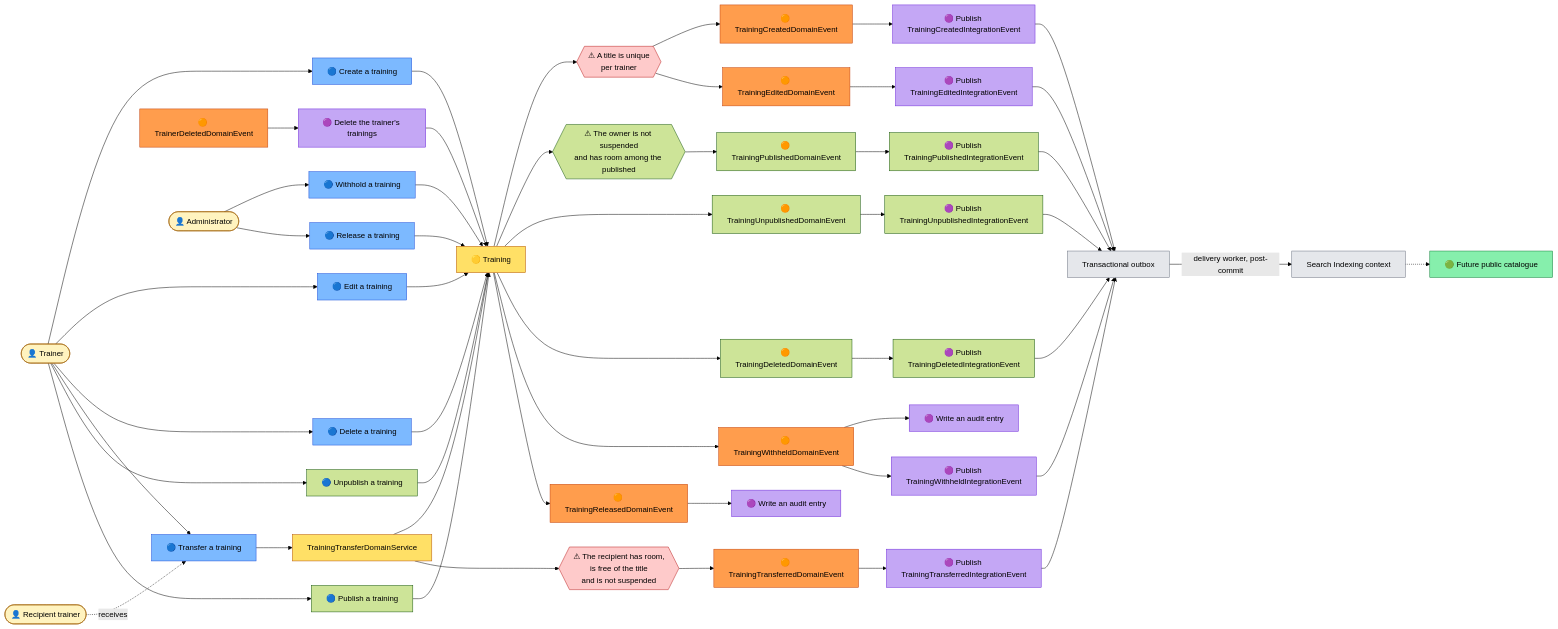
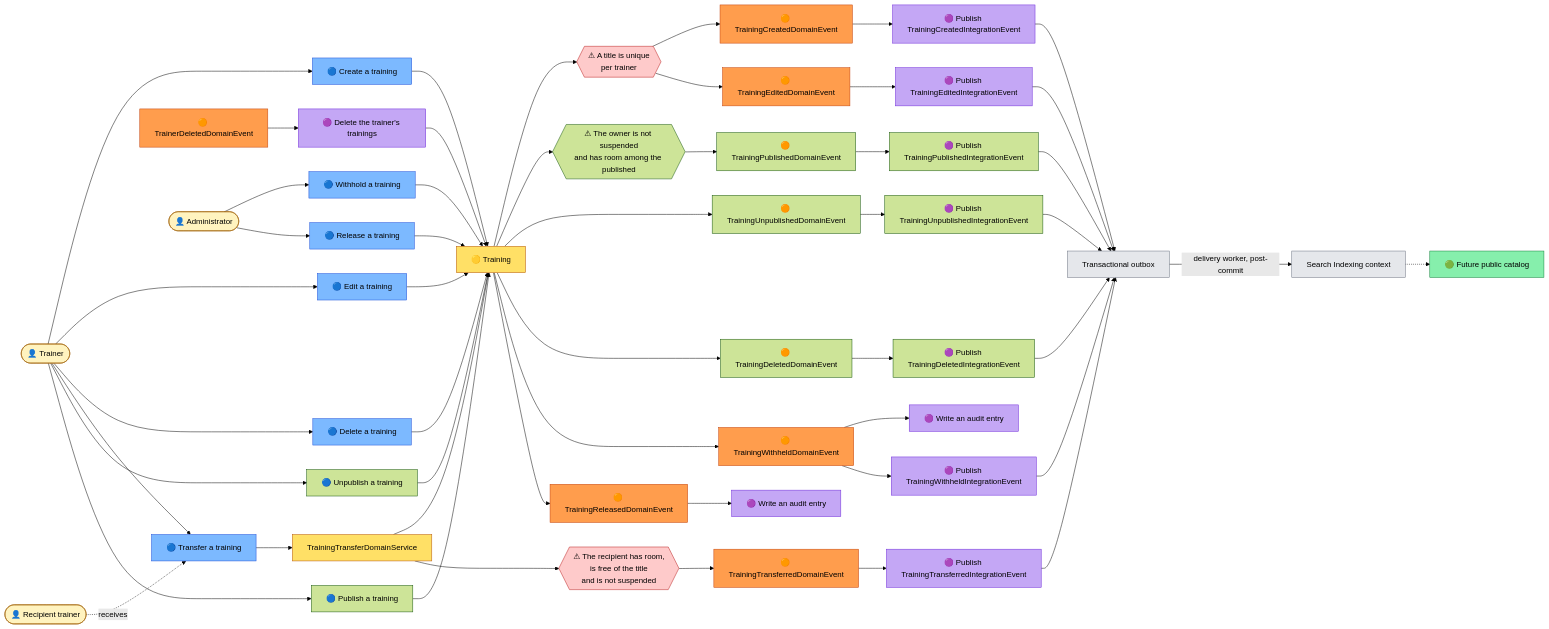
One commit to maxime-poulain/BLRefactoring changed the second of 2 diagrams in docs/strategic-design/event-storming.md. Above: the diagram before and after it, drawn with Mermaid (forest theme). The commit also changed other lines of this file and 366 other files, not shown here.

````diff
--- a/docs/strategic-design/event-storming.md
+++ b/docs/strategic-design/event-storming.md
@@ -124,76 +124,76 @@
 ```mermaid
 flowchart LR
     A(["👤 Trainer"]) --> C1["🔵 Create a training"]
     A --> C2["🔵 Edit a training"]
     A --> C3["🔵 Delete a training"]
     A --> C4["🔵 Transfer a training"]
     A --> C5["🔵 Unpublish a training"]
     A --> C6["🔵 Publish a training"]
     B(["👤 Recipient trainer"]) -.->|"receives"| C4
 
     C1 --> AG["🟡 Training"]
     C2 --> AG
     C3 --> AG
     C5 --> AG
     C6 --> AG
     C4 --> DS["TrainingTransferDomainService"]
     DS --> AG
 
     AG --> INV{{"⚠ A title is unique<br/>per trainer"}}
     DS --> INV2{{"⚠ The recipient has room,<br/>is free of the title<br/>and is not suspended"}}
     AG --> INV3{{"⚠ The owner is not suspended<br/>and has room among the published"}}
     INV --> E1["🟠 TrainingCreatedDomainEvent"]
     INV --> E2["🟠 TrainingEditedDomainEvent"]
     INV2 --> E4["🟠 TrainingTransferredDomainEvent"]
     INV3 --> E5["🟠 TrainingPublishedDomainEvent"]
     AG --> E6["🟠 TrainingUnpublishedDomainEvent"]
     AG --> E7["🟠 TrainingDeletedDomainEvent"]
 
     E1 --> P1["🟣 Publish TrainingCreatedIntegrationEvent"]
     E2 --> P2["🟣 Publish TrainingEditedIntegrationEvent"]
     E4 --> P4["🟣 Publish TrainingTransferredIntegrationEvent"]
     E5 --> P5["🟣 Publish TrainingPublishedIntegrationEvent"]
     E6 --> P6["🟣 Publish TrainingUnpublishedIntegrationEvent"]
     E7 --> P7["🟣 Publish TrainingDeletedIntegrationEvent"]
     P1 --> OB["Transactional outbox"]
     P2 --> OB
     P4 --> OB
     P5 --> OB
     P6 --> OB
     P7 --> OB
     OB -->|"delivery worker, post-commit"| SI["Search Indexing context"]
 
-    SI -.-> RM["🟢 Future public catalogue"]
+    SI -.-> RM["🟢 Future public catalog"]
 
     TD["🟠 TrainerDeletedDomainEvent"] --> P3["🟣 Delete the trainer's trainings"]
     P3 --> AG
 
     ADM(["👤 Administrator"]) --> C7["🔵 Withhold a training"]
     ADM --> C8["🔵 Release a training"]
     C7 --> AG
     C8 --> AG
     AG --> E8["🟠 TrainingWithheldDomainEvent"]
     AG --> E9["🟠 TrainingReleasedDomainEvent"]
     E8 --> P8["🟣 Write an audit entry"]
     E9 --> P9["🟣 Write an audit entry"]
     E8 --> P10["🟣 Publish TrainingWithheldIntegrationEvent"]
     P10 --> OB
 
     classDef event fill:#ff9d4d,stroke:#c2410c,color:#000
     classDef command fill:#7cb9ff,stroke:#1d4ed8,color:#000
     classDef aggregate fill:#ffe066,stroke:#b45309,color:#000
     classDef policy fill:#c4a7f5,stroke:#6d28d9,color:#000
     classDef actor fill:#fff3bf,stroke:#a16207,color:#000
     classDef readmodel fill:#86efac,stroke:#15803d,color:#000
     classDef external fill:#e5e7eb,stroke:#6b7280,color:#000
     classDef invariant fill:#fecaca,stroke:#b91c1c,color:#000
 
     class E1,E2,E4,E8,E9,TD event
     class C1,C2,C3,C4,C7,C8 command
     class AG,DS aggregate
     class P1,P2,P3,P4,P8,P9,P10 policy
     class A,B,ADM actor
     class RM readmodel
     class SI,OB external
     class INV,INV2 invariant
 ```
````
